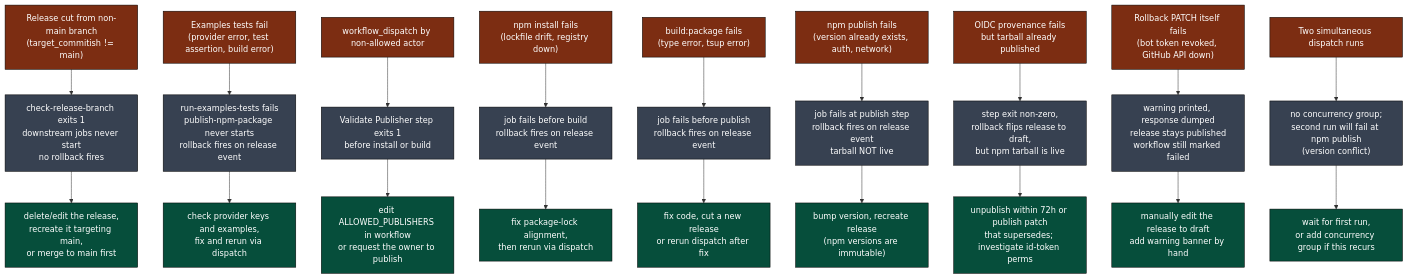
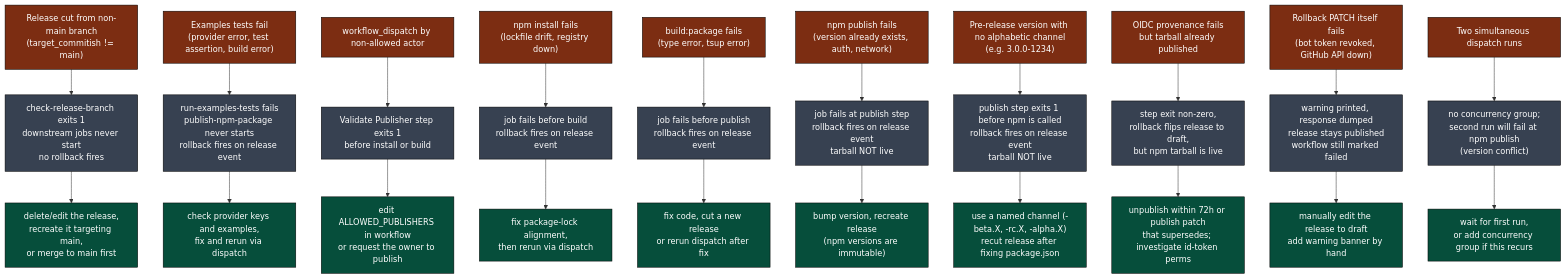
One commit to gregreindel/llm-exe changed diagram 11 of 12 in .github/docs/PUBLISH_RELEASE_DEEP_DIVE.md. Above: the diagram before and after it, drawn with Mermaid. The commit also changed other lines of this file and 5 other files, not shown here.

First line of the commit message:
docs: sync release-pipeline deep dives for pre-release support

````diff
--- a/.github/docs/PUBLISH_RELEASE_DEEP_DIVE.md
+++ b/.github/docs/PUBLISH_RELEASE_DEEP_DIVE.md
@@ -499,49 +508,54 @@
 ```mermaid
 flowchart TB
     classDef fail fill:#7c2d12,color:#fff,stroke:#000
     classDef effect fill:#374151,color:#fff,stroke:#000
     classDef fix fill:#064e3b,color:#fff,stroke:#000
 
     F1["Release cut from non-main branch\n(target_commitish != main)"]:::fail
     F1 --> F1E["check-release-branch exits 1\ndownstream jobs never start\nno rollback fires"]:::effect
     F1E --> F1X["delete/edit the release,\nrecreate it targeting main,\nor merge to main first"]:::fix
 
     F1b["Examples tests fail\n(provider error, test assertion, build error)"]:::fail
     F1b --> F1bE["run-examples-tests fails\npublish-npm-package never starts\nrollback fires on release event"]:::effect
     F1bE --> F1bX["check provider keys and examples,\nfix and rerun via dispatch"]:::fix
 
     F2["workflow_dispatch by non-allowed actor"]:::fail
     F2 --> F2E["Validate Publisher step exits 1\nbefore install or build"]:::effect
     F2X["edit ALLOWED_PUBLISHERS in workflow\nor request the owner to publish"]:::fix
     F2E --> F2X
 
     F3["npm install fails\n(lockfile drift, registry down)"]:::fail
     F3 --> F3E["job fails before build\nrollback fires on release event"]:::effect
     F3X["fix package-lock alignment,\nthen rerun via dispatch"]:::fix
     F3E --> F3X
 
     F4["build:package fails\n(type error, tsup error)"]:::fail
     F4 --> F4E["job fails before publish\nrollback fires on release event"]:::effect
     F4X["fix code, cut a new release\nor rerun dispatch after fix"]:::fix
     F4E --> F4X
 
     F5["npm publish fails\n(version already exists, auth, network)"]:::fail
     F5 --> F5E["job fails at publish step\nrollback fires on release event\ntarball NOT live"]:::effect
     F5X["bump version, recreate release\n(npm versions are immutable)"]:::fix
     F5E --> F5X
 
+    F5b["Pre-release version with no alphabetic channel\n(e.g. 3.0.0-1234)"]:::fail
+    F5b --> F5bE["publish step exits 1 before npm is called\nrollback fires on release event\ntarball NOT live"]:::effect
+    F5bX["use a named channel (-beta.X, -rc.X, -alpha.X)\nrecut release after fixing package.json"]:::fix
+    F5bE --> F5bX
+
     F6["OIDC provenance fails\nbut tarball already published"]:::fail
     F6 --> F6E["step exit non-zero,\nrollback flips release to draft,\nbut npm tarball is live"]:::effect
     F6X["unpublish within 72h or publish patch\nthat supersedes; investigate id-token perms"]:::fix
     F6E --> F6X
 
     F7["Rollback PATCH itself fails\n(bot token revoked, GitHub API down)"]:::fail
     F7 --> F7E["warning printed, response dumped\nrelease stays published\nworkflow still marked failed"]:::effect
     F7X["manually edit the release to draft\nadd warning banner by hand"]:::fix
     F7E --> F7X
 
     F8["Two simultaneous dispatch runs"]:::fail
     F8 --> F8E["no concurrency group;\nsecond run will fail at npm publish\n(version conflict)"]:::effect
     F8X["wait for first run,\nor add concurrency group if this recurs"]:::fix
     F8E --> F8X
 ```
````
